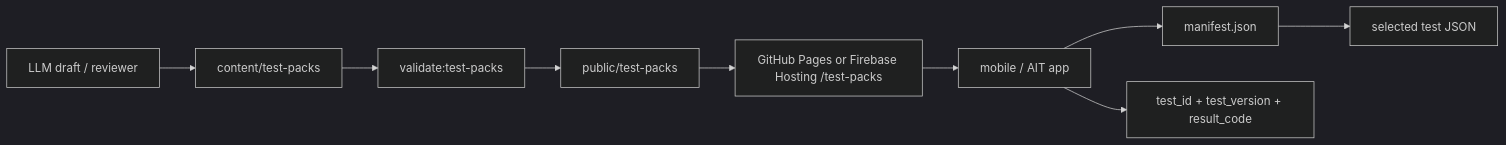
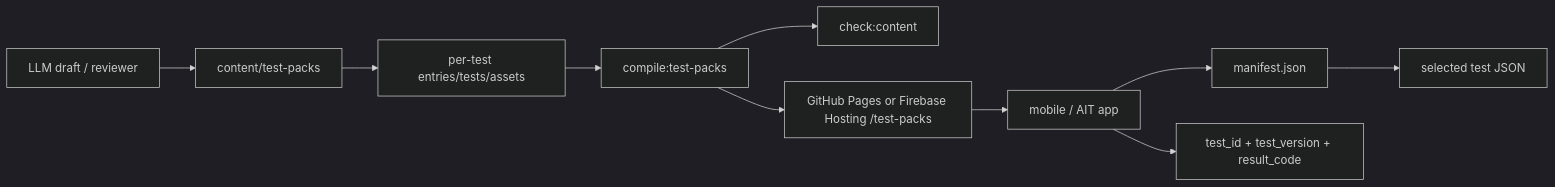
One commit to seorilabs/trait-test-hub changed the diagram in docs/test-packs.md. Above: the diagram before and after it, drawn with Mermaid (dark theme). The commit also changed other lines of this file and 27 other files, not shown here.

````diff
--- a/docs/test-packs.md
+++ b/docs/test-packs.md
@@ -77,11 +88,12 @@
 ```mermaid
 flowchart LR
   Draft["LLM draft / reviewer"] --> Source["content/test-packs"]
-  Source --> Validate["validate:test-packs"]
-  Validate --> Public["public/test-packs"]
-  Public --> Hosting["GitHub Pages or Firebase Hosting /test-packs"]
+  Source --> Entry["per-test entries/tests/assets"]
+  Entry --> Compile["compile:test-packs"]
+  Compile --> Validate["check:content"]
+  Compile --> Hosting["GitHub Pages or Firebase Hosting /test-packs"]
   Hosting --> App["mobile / AIT app"]
   App --> Manifest["manifest.json"]
   Manifest --> Payload["selected test JSON"]
   App --> Stats["test_id + test_version + result_code"]
 ```
````
